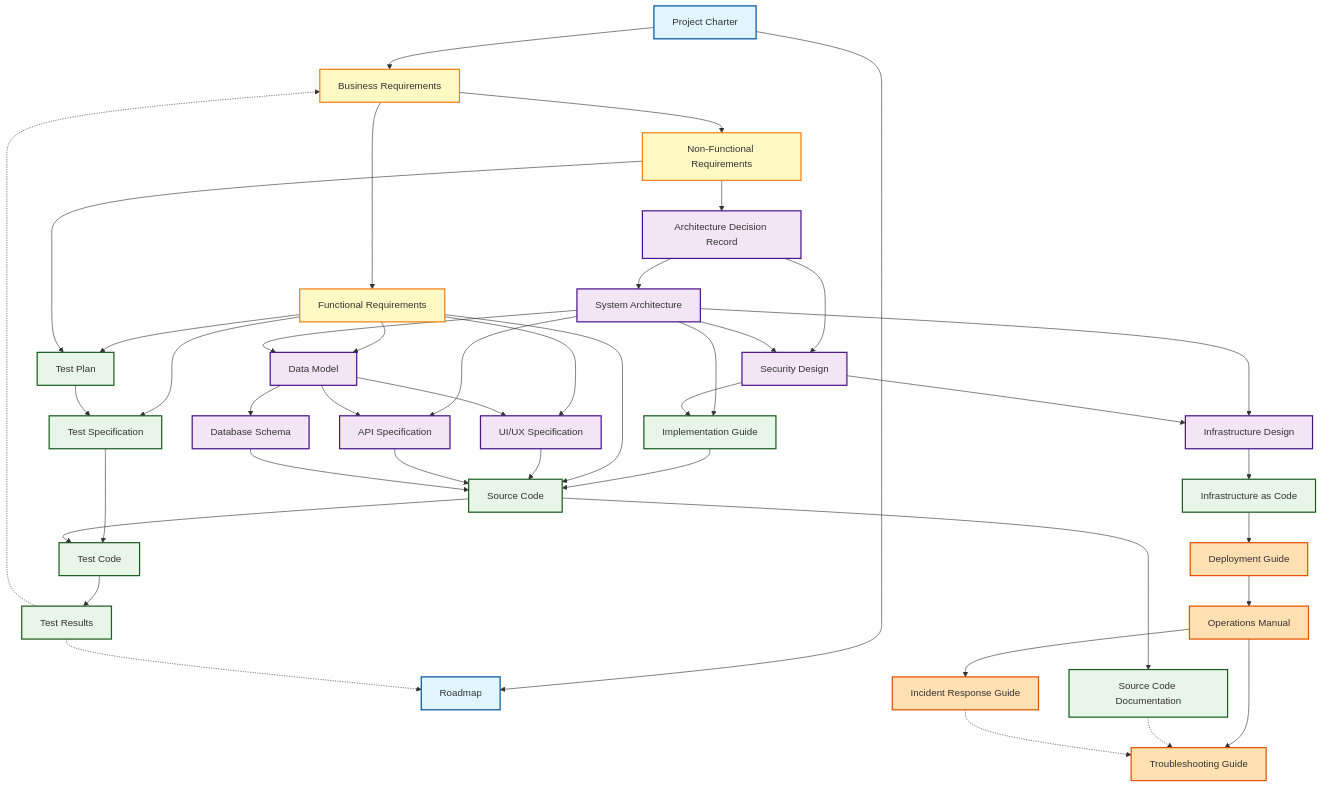
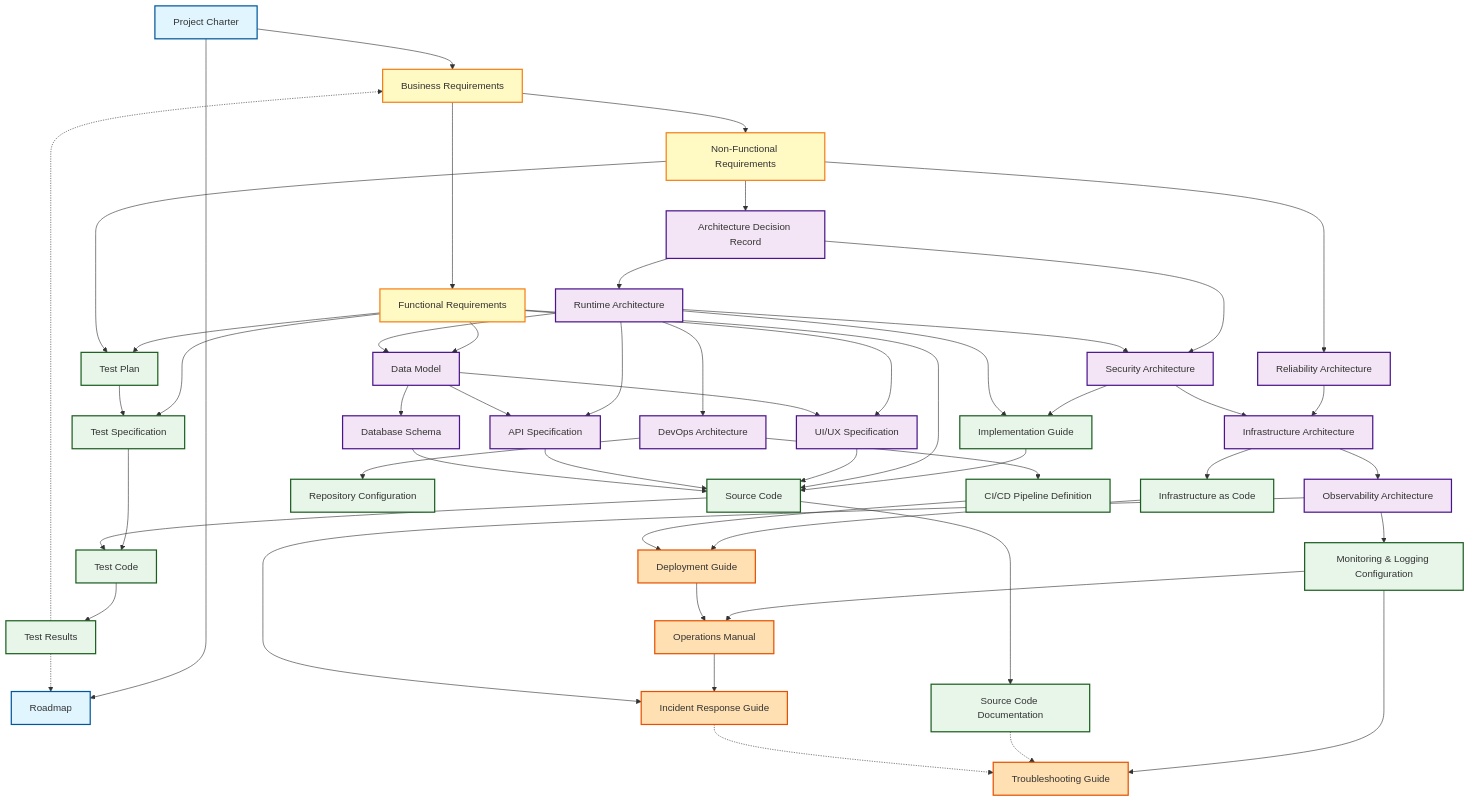
The second of 2 diagrams in specs/artifact-taxonomy.md (mahitotsu/ukiyoue), drawn with Mermaid before and after one commit. The commit also changed other lines of this file, not shown here.

First line of the commit message:
refactor(specs): Update artifact-taxonomy with ADR-005 decisions

````diff
--- a/specs/artifact-taxonomy.md
+++ b/specs/artifact-taxonomy.md
@@ -307,17 +348,23 @@
 
     %% Layer 3: Design
     ADR[Architecture Decision Record]
-    SysArch[System Architecture]
+    RuntimeArch[Runtime Architecture]
     DataModel[Data Model]
     UIUX[UI/UX Specification]
     API[API Specification]
     DBSchema[Database Schema]
-    SecDesign[Security Design]
-    InfraDesign[Infrastructure Design]
+    SecArch[Security Architecture]
+    ReliabilityArch[Reliability Architecture]
+    InfraArch[Infrastructure Architecture]
+    ObservabilityArch[Observability Architecture]
+    DevOpsArch[DevOps Architecture]
 
     %% Layer 4: Implementation & Test
     ImplGuide[Implementation Guide]
     IaC[Infrastructure as Code]
+    PipelineDef[CI/CD Pipeline Definition]
+    RepoConfig[Repository Configuration]
+    MonitoringConfig[Monitoring & Logging Configuration]
     TestPlan[Test Plan]
     TestSpec[Test Specification]
     SrcCode[Source Code]
@@ -346,28 +393,45 @@
 
     %% Non-Functional Requirements to Architecture
     NonFuncReq --> ADR
-    ADR --> SysArch
-    ADR --> SecDesign
+    ADR --> RuntimeArch
+    ADR --> SecArch
+    NonFuncReq --> ReliabilityArch
 
     %% Architecture to Detailed Design
-    SysArch --> DataModel
-    SysArch --> API
-    SysArch --> SecDesign
-    SysArch --> InfraDesign
+    RuntimeArch --> DataModel
+    RuntimeArch --> API
+    RuntimeArch --> SecArch
+    RuntimeArch --> DevOpsArch
+
+    %% Reliability → Infrastructure → Observability Chain (ADR-005)
+    ReliabilityArch --> InfraArch
+    InfraArch --> ObservabilityArch
 
     %% Data Design Flow
     DataModel --> DBSchema
     DataModel --> API
     DataModel --> UIUX
 
+    %% Security Flow
+    SecArch --> ImplGuide
+    SecArch --> InfraArch
+
     %% Infrastructure Flow
-    SecDesign --> InfraDesign
-    InfraDesign --> IaC
+    InfraArch --> IaC
     IaC --> DeployGuide
 
+    %% DevOps Flow
+    DevOpsArch --> PipelineDef
+    DevOpsArch --> RepoConfig
+    PipelineDef --> DeployGuide
+
+    %% Observability Flow
+    ObservabilityArch --> MonitoringConfig
+    MonitoringConfig --> OpsManual
+    MonitoringConfig --> TroubleshootGuide
+
     %% Design to Implementation
-    SysArch --> ImplGuide
-    SecDesign --> ImplGuide
+    RuntimeArch --> ImplGuide
     ImplGuide --> SrcCode
     FuncReq --> SrcCode
     UIUX --> SrcCode
@@ -383,10 +447,10 @@
     SrcCode --> TestCode
     TestCode --> TestResults
 
-    %% Deployment & Operations
+    %% Operations Flow
     DeployGuide --> OpsManual
     OpsManual --> IncidentGuide
-    OpsManual --> TroubleshootGuide
+    ObservabilityArch --> IncidentGuide
 
     %% Cross-cutting Dependencies (dotted lines)
     TestResults -.-> Roadmap
@@ -403,7 +467,7 @@
 
     class Charter,Roadmap layer1
     class BizReq,FuncReq,NonFuncReq layer2
-    class ADR,SysArch,DataModel,UIUX,API,DBSchema,SecDesign,InfraDesign layer3
-    class ImplGuide,IaC,TestPlan,TestSpec,SrcCode,TestCode,TestResults,SrcDoc layer4
+    class ADR,RuntimeArch,DataModel,UIUX,API,DBSchema,SecArch,ReliabilityArch,InfraArch,ObservabilityArch,DevOpsArch layer3
+    class ImplGuide,IaC,PipelineDef,RepoConfig,MonitoringConfig,TestPlan,TestSpec,SrcCode,TestCode,TestResults,SrcDoc layer4
     class DeployGuide,OpsManual,IncidentGuide,TroubleshootGuide layer5
 ```
````
